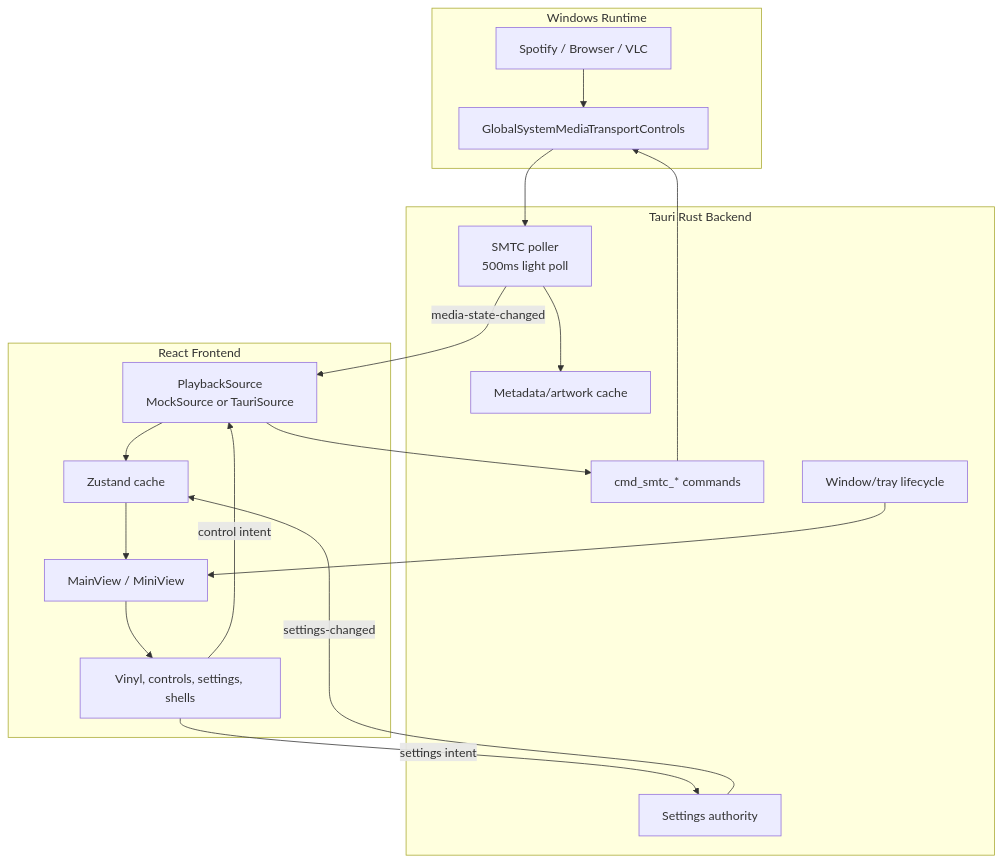
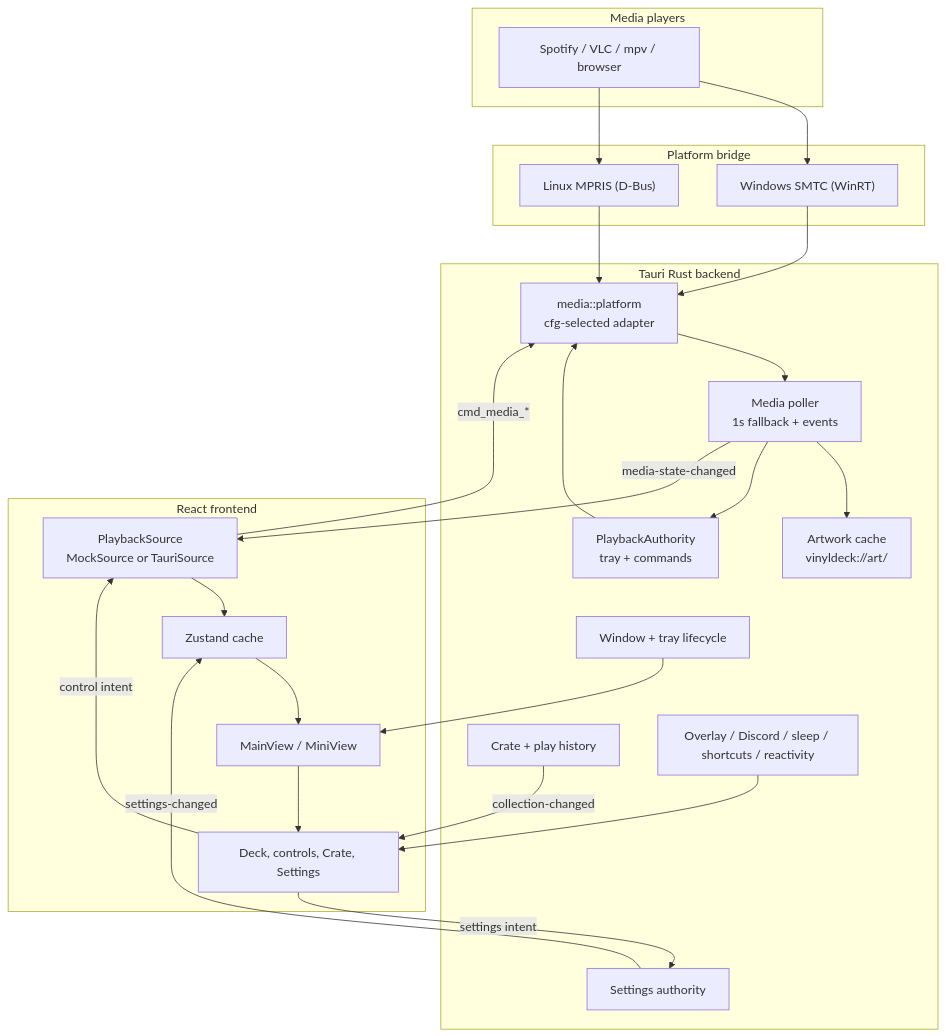
The first of 3 diagrams in docs/ARCHITECTURE.md (Shelldock1/vinyldeck), drawn with Mermaid before and after one commit. The commit also changed other lines of this file and 14 other files, not shown here.

````diff
--- a/docs/ARCHITECTURE.md
+++ b/docs/ARCHITECTURE.md
@@ -7,36 +9,49 @@
 ```mermaid
 flowchart TB
-  subgraph Windows["Windows Runtime"]
-    Player["Spotify / Browser / VLC"]
-    SMTC["GlobalSystemMediaTransportControls"]
+  subgraph Players["Media players"]
+    Spotify["Spotify / VLC / mpv / browser"]
   end
 
-  subgraph Backend["Tauri Rust Backend"]
-    Poller["SMTC poller\n500ms light poll"]
-    Cache["Metadata/artwork cache"]
-    Commands["cmd_smtc_* commands"]
-    Settings["Settings authority"]
-    Window["Window/tray lifecycle"]
+  subgraph Platform["Platform bridge"]
+    SMTC["Windows SMTC (WinRT)"]
+    MPRIS["Linux MPRIS (D-Bus)"]
   end
 
-  subgraph Frontend["React Frontend"]
+  subgraph Backend["Tauri Rust backend"]
+    PlatformMedia["media::platform\ncfg-selected adapter"]
+    Poller["Media poller\n1s fallback + events"]
+    Artwork["Artwork cache\nvinyldeck://art/<hash>"]
+    Authority["PlaybackAuthority\ntray + commands"]
+    Settings["Settings authority"]
+    Collection["Crate + play history"]
+    Services["Overlay / Discord / sleep / shortcuts / reactivity"]
+    Window["Window + tray lifecycle"]
+  end
+
+  subgraph Frontend["React frontend"]
     Source["PlaybackSource\nMockSource or TauriSource"]
     Store["Zustand cache"]
     Views["MainView / MiniView"]
-    Components["Vinyl, controls, settings, shells"]
+    Components["Deck, controls, Crate, Settings"]
   end
 
-  Player --> SMTC
-  SMTC --> Poller
-  Poller --> Cache
+  Spotify --> SMTC
+  Spotify --> MPRIS
+  SMTC --> PlatformMedia
+  MPRIS --> PlatformMedia
+  PlatformMedia --> Poller
+  Poller --> Artwork
+  Poller --> Authority
   Poller -->|"media-state-changed"| Source
-  Commands --> SMTC
+  Authority --> PlatformMedia
   Source --> Store
   Store --> Views
   Views --> Components
   Components -->|"control intent"| Source
-  Source --> Commands
+  Source -->|"cmd_media_*"| PlatformMedia
   Components -->|"settings intent"| Settings
   Settings -->|"settings-changed"| Store
+  Collection -->|"collection-changed"| Components
+  Services --> Components
   Window --> Views
 ```
````
